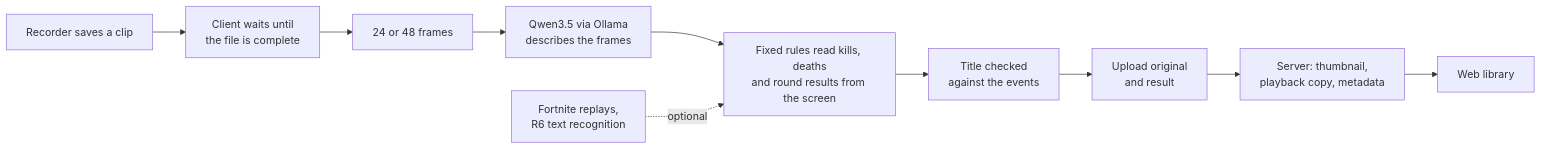
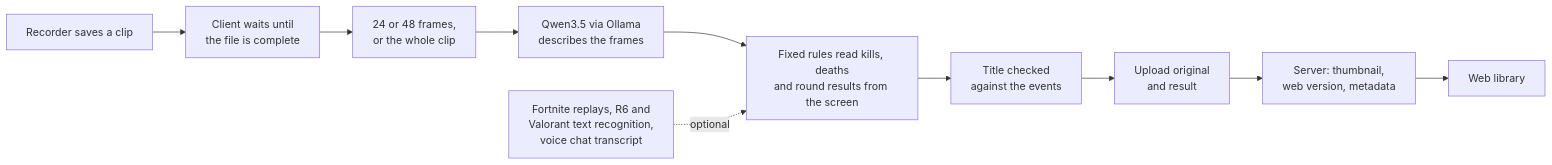
One commit to SauerExe/ReplayHaven changed the diagram in README.md. Above: the diagram before and after it, drawn with Mermaid. The commit also changed other lines of this file and 23 other files, not shown here.

````diff
--- a/README.md
+++ b/README.md
@@ -88,12 +104,12 @@
 ```mermaid
 flowchart LR
   rec["Recorder saves a clip"] --> wait["Client waits until<br/>the file is complete"]
-  wait --> frames["24 or 48 frames"]
+  wait --> frames["24 or 48 frames,<br/>or the whole clip"]
   frames --> model["Qwen3.5 via Ollama<br/>describes the frames"]
   model --> rules["Fixed rules read kills, deaths<br/>and round results from the screen"]
-  extras["Fortnite replays,<br/>R6 text recognition"] -. optional .-> rules
+  extras["Fortnite replays, R6 and<br/>Valorant text recognition,<br/>voice chat transcript"] -. optional .-> rules
   rules --> check["Title checked<br/>against the events"]
   check --> upload["Upload original<br/>and result"]
-  upload --> server["Server: thumbnail,<br/>playback copy, metadata"]
+  upload --> server["Server: thumbnail,<br/>web version, metadata"]
   server --> library["Web library"]
 ```
````
